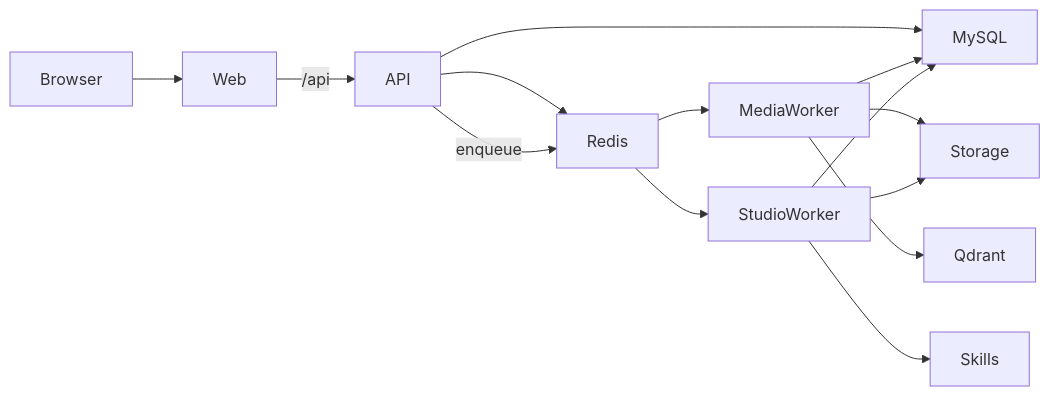
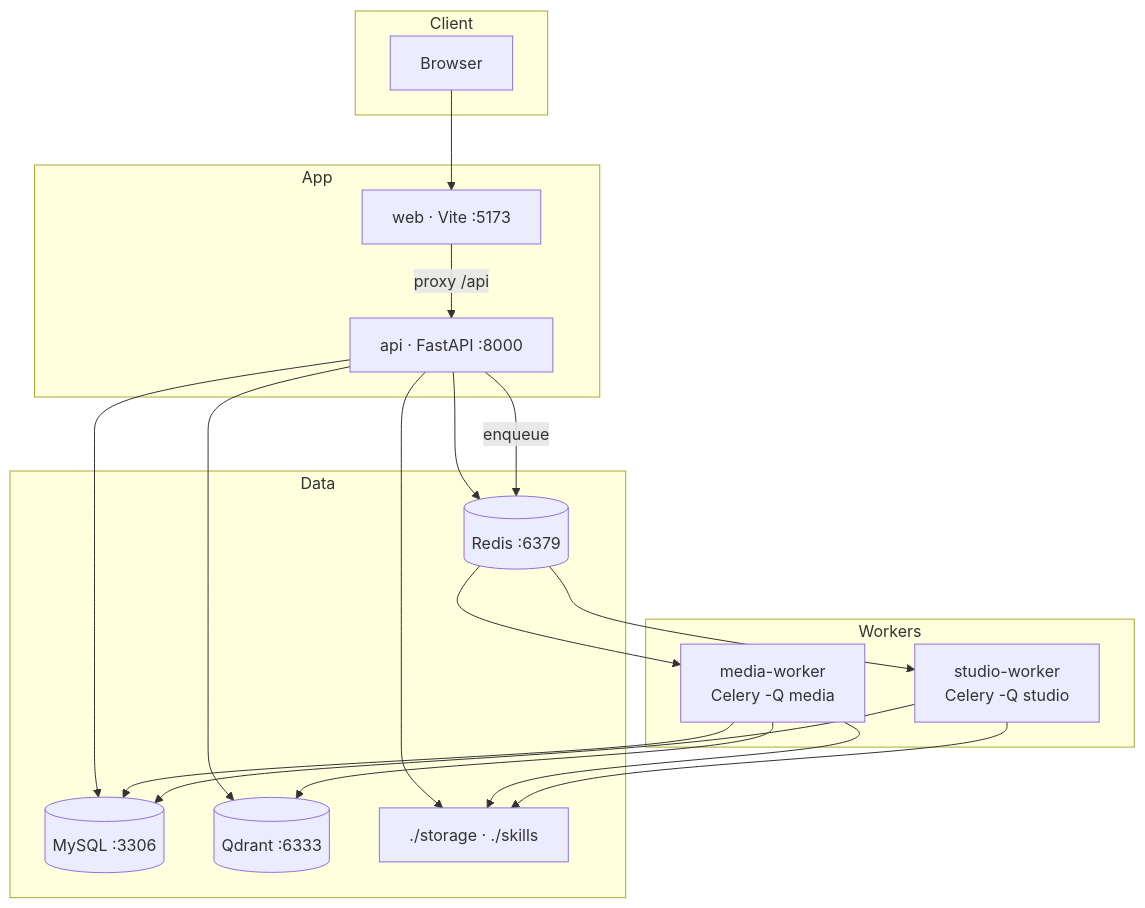
One commit to CallStorm/video-notebook changed the first of 2 diagrams in docs/architecture.md. Above: the diagram before and after it, drawn with Mermaid. The commit also changed other lines of this file and 19 other files, not shown here.

````diff
--- a/docs/architecture.md
+++ b/docs/architecture.md
@@ -20,16 +9,38 @@
 ```mermaid
-flowchart LR
+flowchart TB
+  subgraph Client
+    Browser[Browser]
+  end
+
+  subgraph App
+    Web[web · Vite :5173]
+    API[api · FastAPI :8000]
+  end
+
+  subgraph Workers
+    MW[media-worker<br/>Celery -Q media]
+    SW[studio-worker<br/>Celery -Q studio]
+  end
+
+  subgraph Data
+    MySQL[(MySQL :3306)]
+    Redis[(Redis :6379)]
+    Qdrant[(Qdrant :6333)]
+    FS[./storage · ./skills]
+  end
+
   Browser --> Web
-  Web -->|/api| API
+  Web -->|proxy /api| API
   API --> MySQL
   API --> Redis
+  API --> Qdrant
+  API --> FS
   API -->|enqueue| Redis
-  Redis --> MediaWorker
-  Redis --> StudioWorker
-  MediaWorker --> MySQL
-  MediaWorker --> Storage
-  MediaWorker --> Qdrant
-  StudioWorker --> MySQL
-  StudioWorker --> Storage
-  StudioWorker --> Skills
+  Redis --> MW
+  Redis --> SW
+  MW --> MySQL
+  MW --> FS
+  MW --> Qdrant
+  SW --> MySQL
+  SW --> FS
 ```
````
